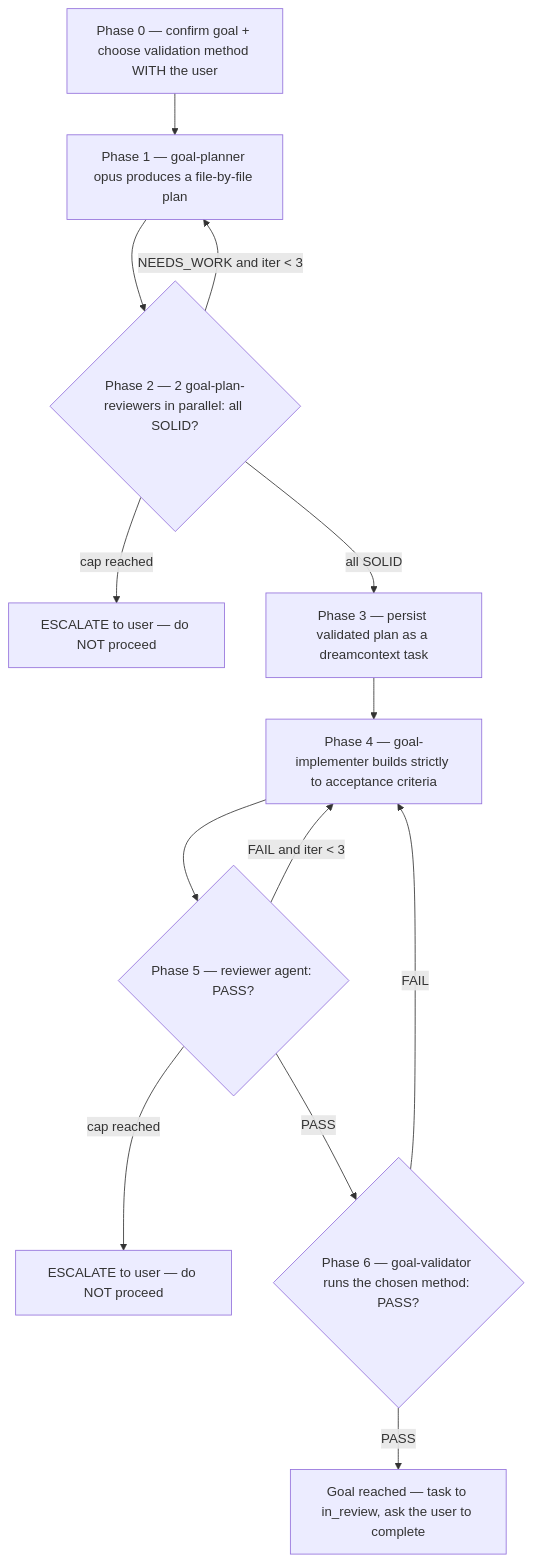
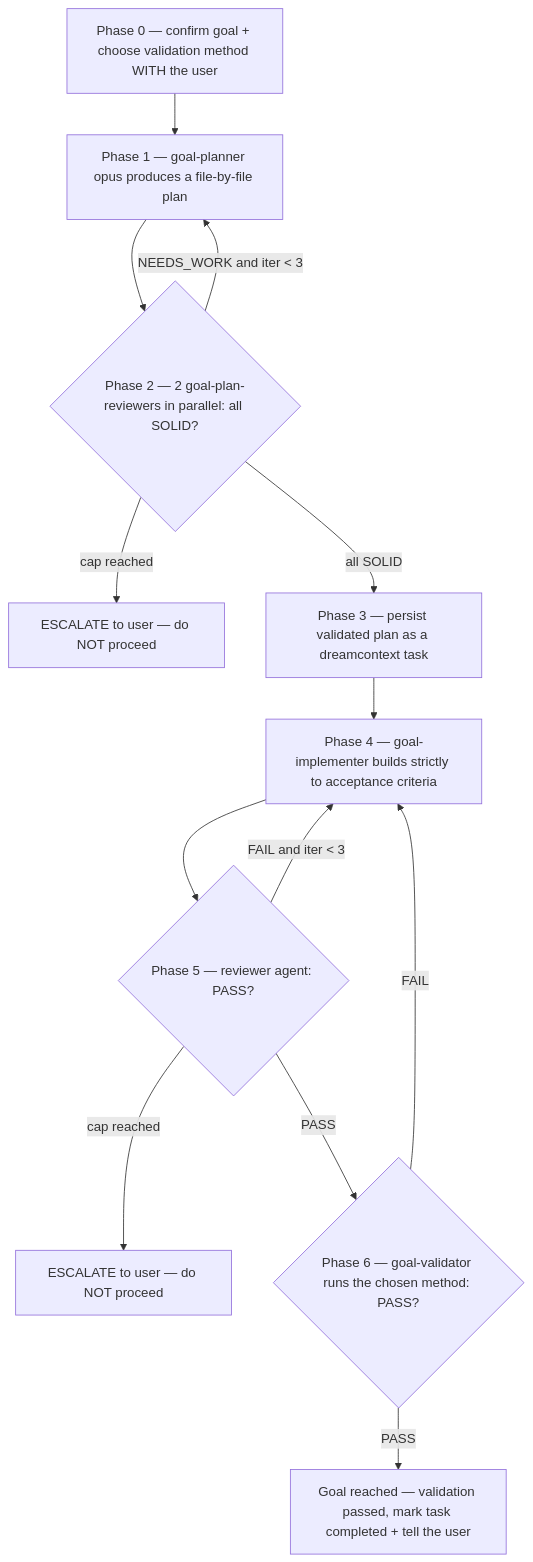
The diagram in skill-packs/goal-skill/SKILL.md (Sepi0l-brd/dreamcontext), drawn with Mermaid before and after one commit. The commit also changed other lines of this file and 13 other files, not shown here.

````diff
--- a/skill-packs/goal-skill/SKILL.md
+++ b/skill-packs/goal-skill/SKILL.md
@@ -54,15 +54,15 @@
 ```mermaid
 flowchart TD
     P0[Phase 0 — confirm goal + choose validation method WITH the user] --> P1[Phase 1 — goal-planner opus produces a file-by-file plan]
     P1 --> P2{Phase 2 — 2 goal-plan-reviewers in parallel: all SOLID?}
     P2 -->|NEEDS_WORK and iter < 3| P1
     P2 -->|cap reached| ESC1[ESCALATE to user — do NOT proceed]
     P2 -->|all SOLID| P3[Phase 3 — persist validated plan as a dreamcontext task]
     P3 --> P4[Phase 4 — goal-implementer builds strictly to acceptance criteria]
     P4 --> P5{Phase 5 — reviewer agent: PASS?}
     P5 -->|FAIL and iter < 3| P4
     P5 -->|cap reached| ESC2[ESCALATE to user — do NOT proceed]
     P5 -->|PASS| P6{Phase 6 — goal-validator runs the chosen method: PASS?}
     P6 -->|FAIL| P4
-    P6 -->|PASS| DONE[Goal reached — task to in_review, ask the user to complete]
+    P6 -->|PASS| DONE[Goal reached — validation passed, mark task completed + tell the user]
 ```
````
